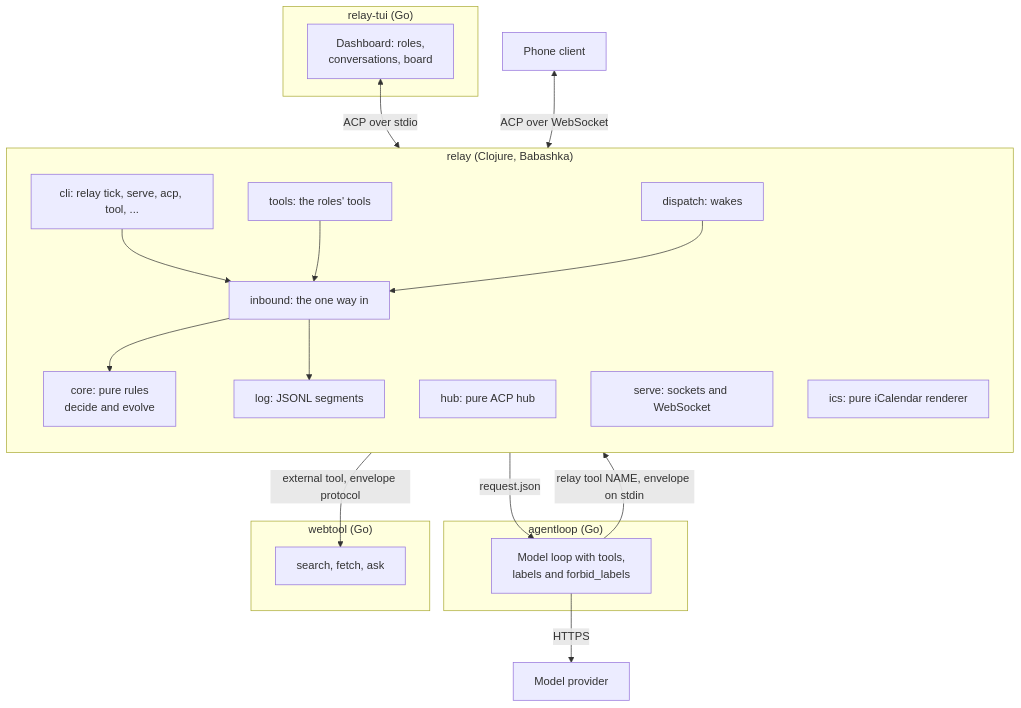
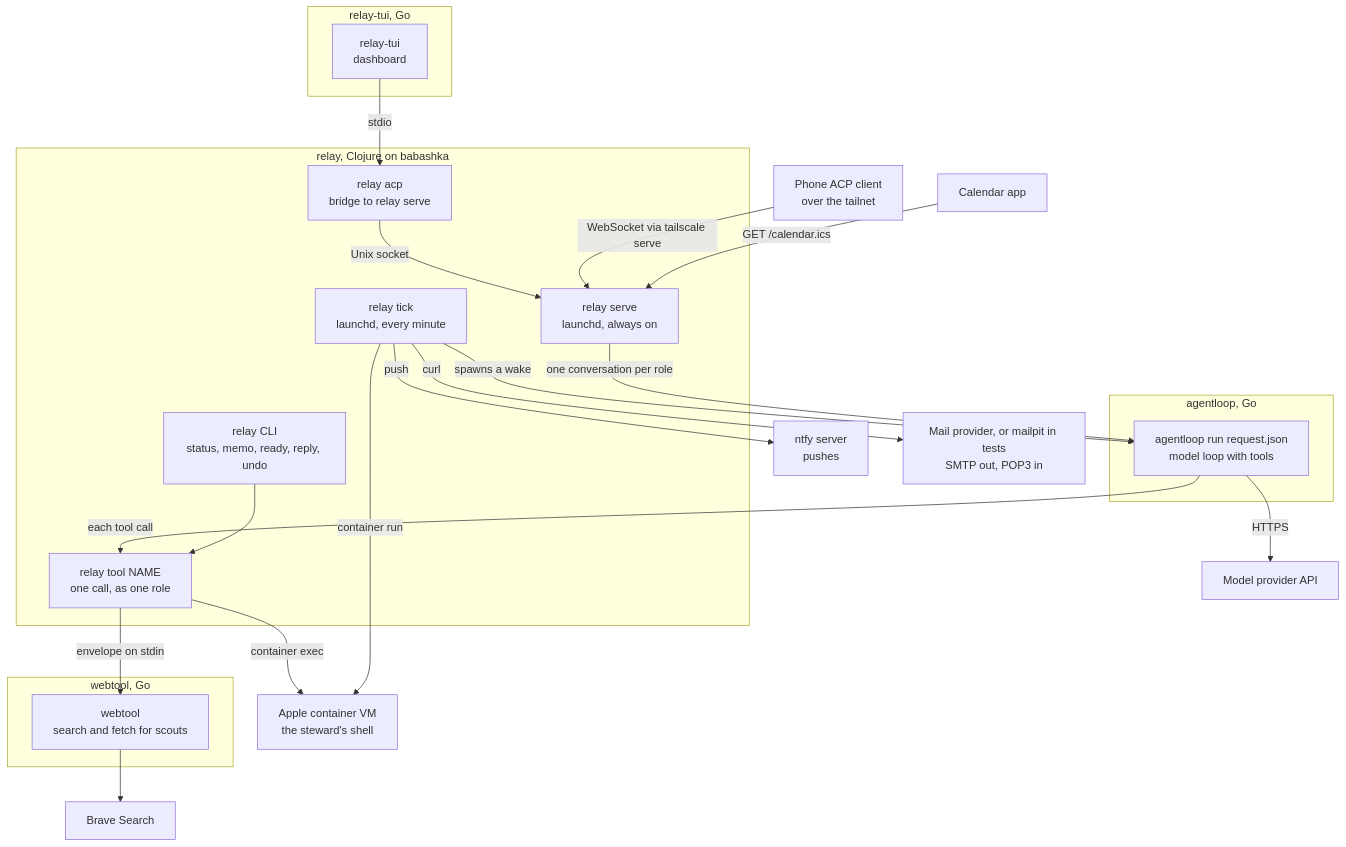
Before and after one commit to kirahowe/relay: the second of 11 diagrams in docs/architecture.md, drawn with Mermaid. The commit also changed other lines of this file, not shown here.

First line of the commit message:
Rewrite the architecture page from the code on main

````diff
--- a/docs/architecture.md
+++ b/docs/architecture.md
@@ -66,39 +84,46 @@
 ```mermaid
 flowchart TB
-    subgraph relayrepo["relay (Clojure, Babashka)"]
-        direction TB
-        cli["cli: relay tick, serve, acp, tool, ..."]
-        core["core: pure rules<br/>decide and evolve"]
-        inbound["inbound: the one way in"]
-        logns["log: JSONL segments"]
-        tools["tools: the roles' tools"]
-        dispatch["dispatch: wakes"]
-        hub["hub: pure ACP hub"]
-        serve["serve: sockets and WebSocket"]
-        ics["ics: pure iCalendar renderer"]
+    subgraph relayrepo["relay, Clojure on babashka"]
+        tick["relay tick<br/>launchd, every minute"]
+        serve["relay serve<br/>launchd, always on"]
+        acp["relay acp<br/>bridge to relay serve"]
+        tool["relay tool NAME<br/>one call, as one role"]
+        cli["relay CLI<br/>status, memo, ready, reply, undo"]
     end
 
-    subgraph agentloop["agentloop (Go)"]
-        loop["Model loop with tools,<br/>labels and forbid_labels"]
+    subgraph agentloopRepo["agentloop, Go"]
+        al["agentloop run request.json<br/>model loop with tools"]
     end
 
-    subgraph tui["relay-tui (Go)"]
-        dash["Dashboard: roles,<br/>conversations, board"]
+    subgraph tuiRepo["relay-tui, Go"]
+        tui["relay-tui<br/>dashboard"]
     end
 
-    subgraph webtool["webtool (Go)"]
-        web["search, fetch, ask"]
+    subgraph webtoolRepo["webtool, Go"]
+        wt["webtool<br/>search and fetch for scouts"]
     end
 
-    dispatch -->|"request.json"| loop
-    loop -->|"relay tool NAME, envelope on stdin"| tools
-    loop -->|"HTTPS"| provider["Model provider"]
-    dash <-->|"ACP over stdio"| serve
-    phone["Phone client"] <-->|"ACP over WebSocket"| serve
-    tools -->|"external tool, envelope protocol"| web
-    cli --> inbound
-    tools --> inbound
-    dispatch --> inbound
-    inbound --> core
-    inbound --> logns
+    container["Apple container VM<br/>the steward's shell"]
+    ntfy["ntfy server<br/>pushes"]
+    smtp["Mail provider, or mailpit in tests<br/>SMTP out, POP3 in"]
+    provider["Model provider API"]
+    brave["Brave Search"]
+    phone["Phone ACP client<br/>over the tailnet"]
+    calapp["Calendar app"]
+
+    tick -->|"spawns a wake"| al
+    serve -->|"one conversation per role"| al
+    al -->|"HTTPS"| provider
+    al -->|"each tool call"| tool
+    tool -->|"envelope on stdin"| wt
+    wt --> brave
+    tool -->|"container exec"| container
+    tick -->|"container run"| container
+    tui -->|"stdio"| acp
+    acp -->|"Unix socket"| serve
+    phone -->|"WebSocket via tailscale serve"| serve
+    calapp -->|"GET /calendar.ics"| serve
+    tick -->|"curl"| smtp
+    tick -->|"push"| ntfy
+    cli --> tool
 ```
````
